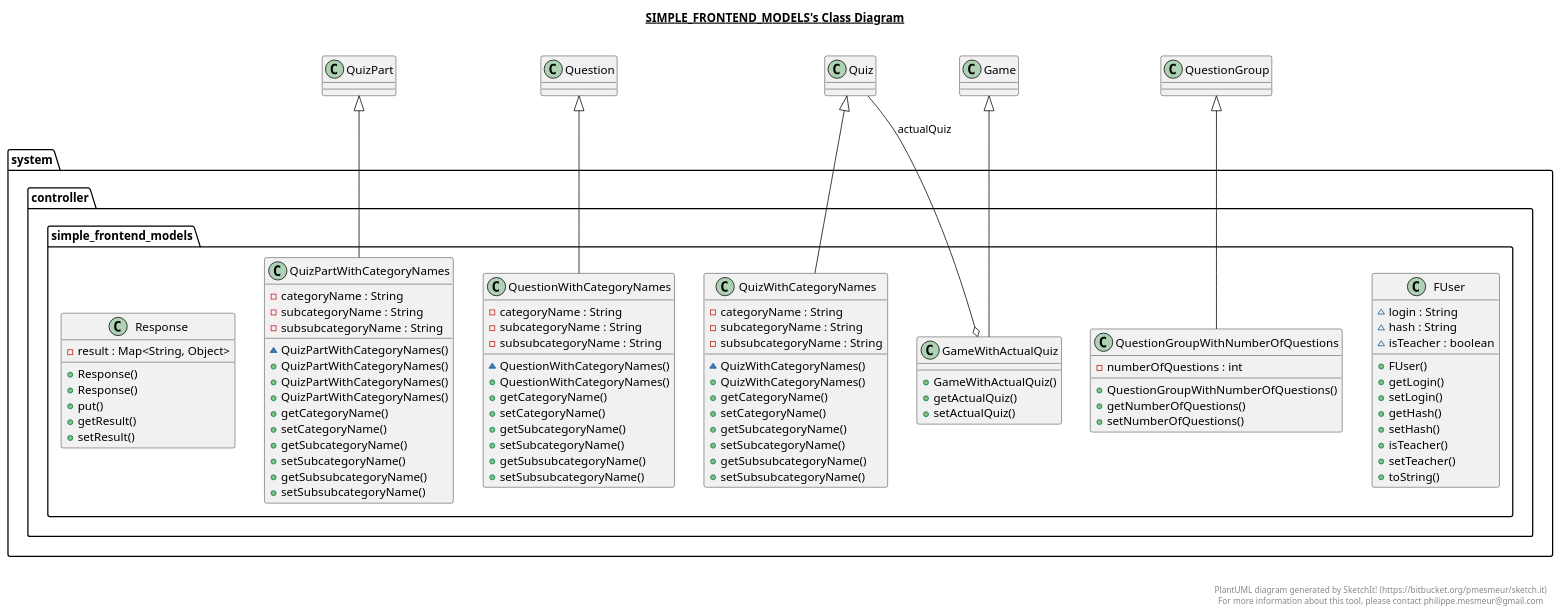
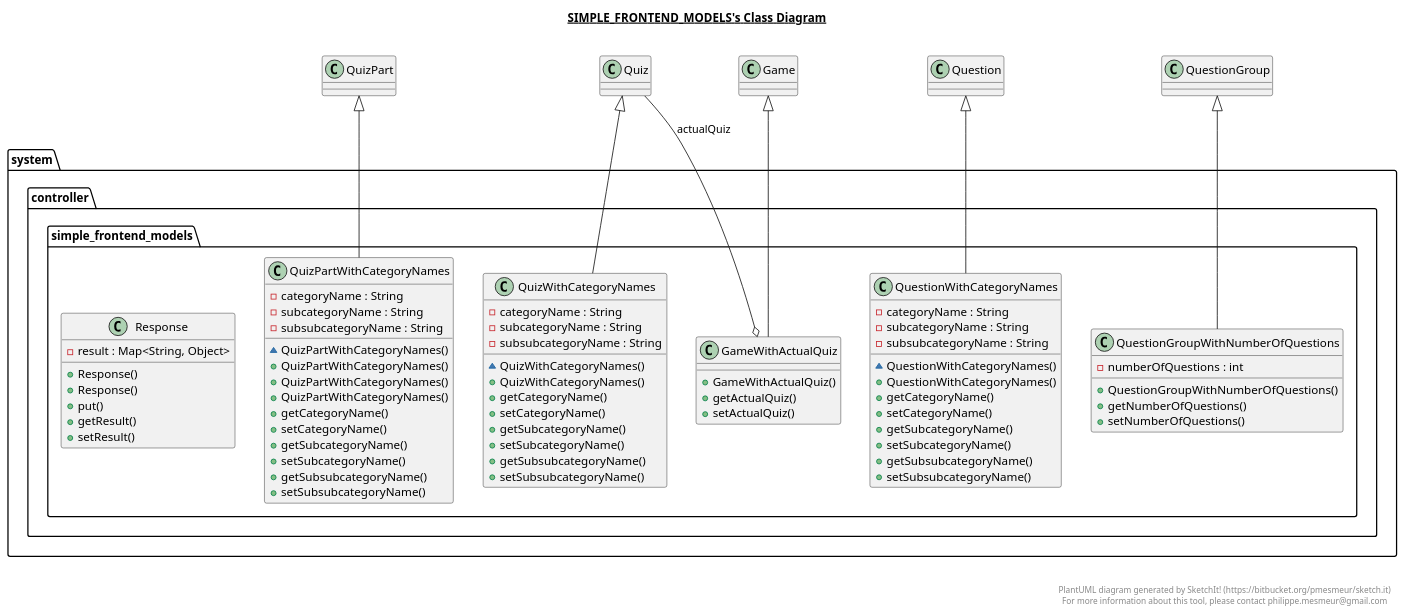
One commit to berl-a/DiplomaBackend changed the diagram in src/main/java/system/controller/simple_frontend_models/simple_frontend_models.plantuml. Above: the diagram before and after it, drawn with PlantUML. The commit also changed 601 other files, not shown here.

```diff
--- a/src/main/java/system/controller/simple_frontend_models/simple_frontend_models.plantuml
+++ b/src/main/java/system/controller/simple_frontend_models/simple_frontend_models.plantuml
@@ -1,135 +1,116 @@
 @startuml
 
 title __SIMPLE_FRONTEND_MODELS's Class Diagram__\n
-
-  package system.controller {
-    package system.controller.simple_frontend_models {
-      class FUser {
-          ~ login : String
-          ~ hash : String
-          ~ isTeacher : boolean
-          + FUser()
-          + getLogin()
-          + setLogin()
-          + getHash()
-          + setHash()
-          + isTeacher()
-          + setTeacher()
-          + toString()
-      }
-    }
-  }
-  
 
   package system.controller {
     package system.controller.simple_frontend_models {
       class GameWithActualQuiz {
           + GameWithActualQuiz()
           + getActualQuiz()
           + setActualQuiz()
       }
     }
   }
   
 
   package system.controller {
     package system.controller.simple_frontend_models {
       class QuestionGroupWithNumberOfQuestions {
           - numberOfQuestions : int
           + QuestionGroupWithNumberOfQuestions()
           + getNumberOfQuestions()
           + setNumberOfQuestions()
       }
     }
   }
   
 
   package system.controller {
     package system.controller.simple_frontend_models {
       class QuestionWithCategoryNames {
           - categoryName : String
           - subcategoryName : String
           - subsubcategoryName : String
           ~ QuestionWithCategoryNames()
           + QuestionWithCategoryNames()
           + getCategoryName()
           + setCategoryName()
           + getSubcategoryName()
           + setSubcategoryName()
           + getSubsubcategoryName()
           + setSubsubcategoryName()
       }
     }
   }
   
 
   package system.controller {
     package system.controller.simple_frontend_models {
       class QuizPartWithCategoryNames {
           - categoryName : String
           - subcategoryName : String
           - subsubcategoryName : String
           ~ QuizPartWithCategoryNames()
           + QuizPartWithCategoryNames()
           + QuizPartWithCategoryNames()
           + QuizPartWithCategoryNames()
           + getCategoryName()
           + setCategoryName()
           + getSubcategoryName()
           + setSubcategoryName()
           + getSubsubcategoryName()
           + setSubsubcategoryName()
       }
     }
   }
   
 
   package system.controller {
     package system.controller.simple_frontend_models {
       class QuizWithCategoryNames {
           - categoryName : String
           - subcategoryName : String
           - subsubcategoryName : String
           ~ QuizWithCategoryNames()
           + QuizWithCategoryNames()
           + getCategoryName()
           + setCategoryName()
           + getSubcategoryName()
           + setSubcategoryName()
           + getSubsubcategoryName()
           + setSubsubcategoryName()
       }
     }
   }
   
 
   package system.controller {
     package system.controller.simple_frontend_models {
       class Response {
           - result : Map<String, Object>
           + Response()
           + Response()
           + put()
           + getResult()
           + setResult()
       }
     }
   }
   
 
   GameWithActualQuiz -up-|> Game
   GameWithActualQuiz o-- Quiz : actualQuiz
   QuestionGroupWithNumberOfQuestions -up-|> QuestionGroup
   QuestionWithCategoryNames -up-|> Question
   QuizPartWithCategoryNames -up-|> QuizPart
   QuizWithCategoryNames -up-|> Quiz
 
 
 right footer
 
 
 PlantUML diagram generated by SketchIt! (https://bitbucket.org/pmesmeur/sketch.it)
 For more information about this tool, please contact philippe.mesmeur@gmail.com
 endfooter
 
 @enduml
```
